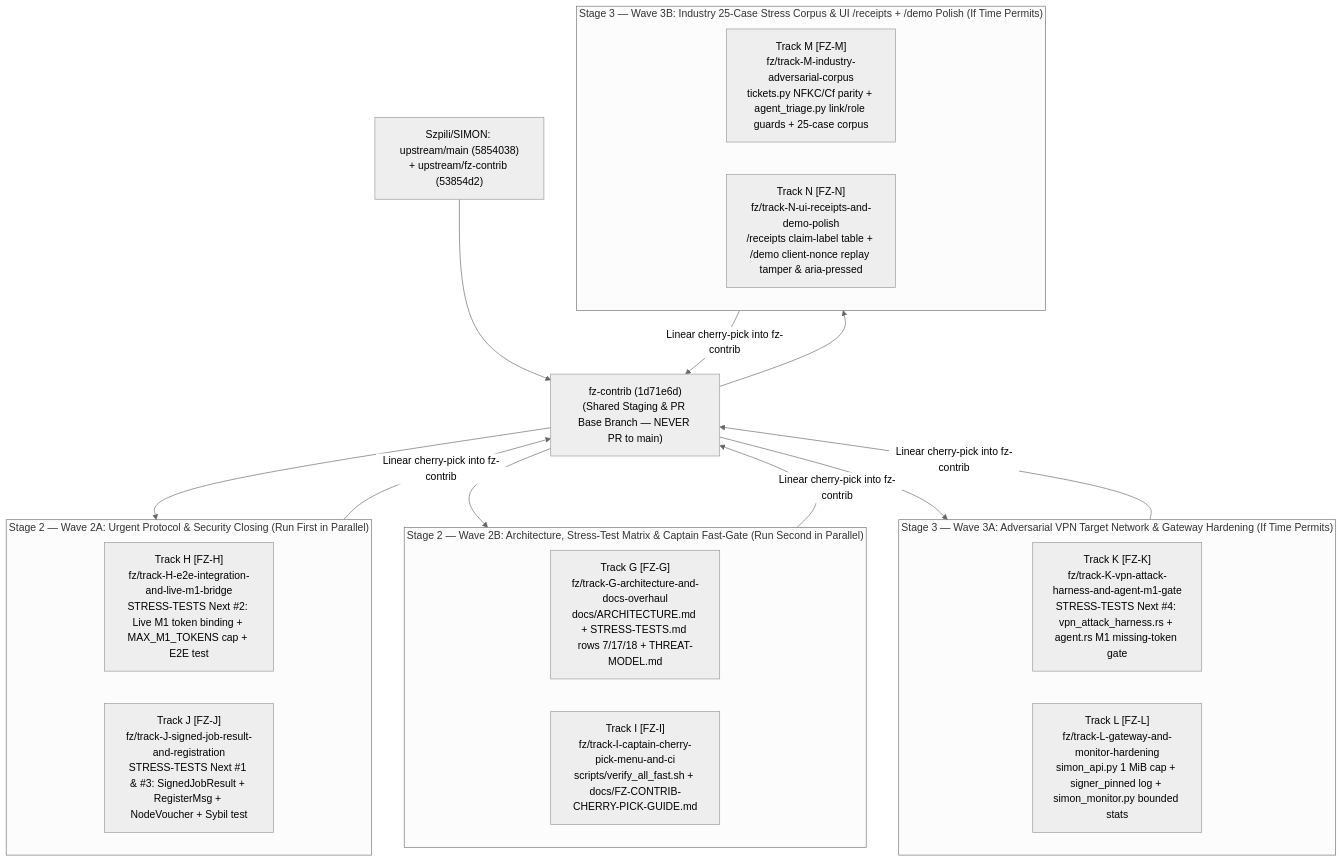
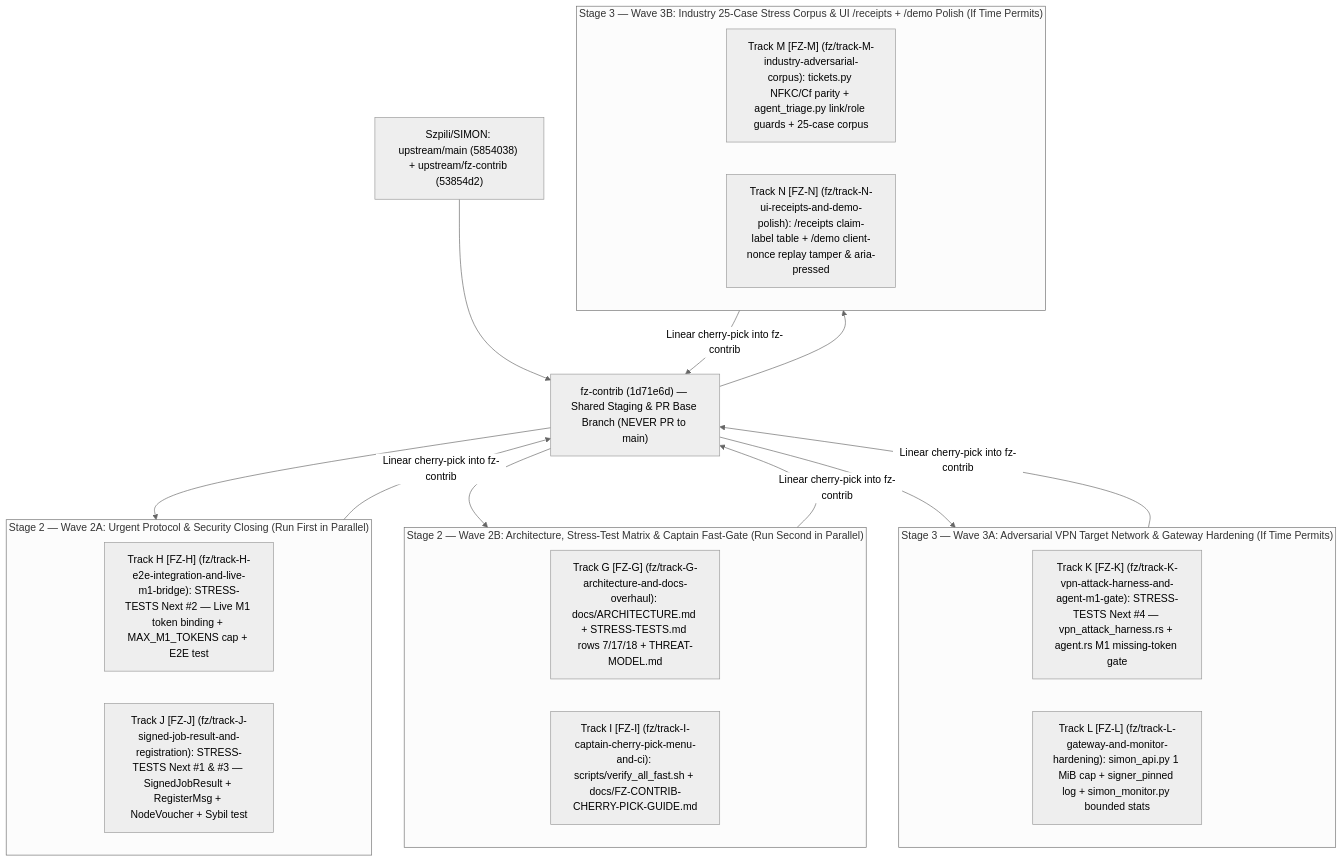
Before and after one commit to filipzarzynski/SIMPN_ARGON_HANDOWER: the diagram in parallel_agents/ORCHESTRATOR_GUIDE.md, drawn with Mermaid (neutral theme). The commit also changed 4 other files, not shown here.

Commit message:
docs(arch): restore concise Mermaid-heavy 01_ARCHITECTURE_AND_DATA_FLOWS.md (10/10 mermaid.parse verified) and split team sync wave brief into 08_TEAM_SYNC_ARCHITECTURE_AND_WAVE_BRIEF.md

````diff
--- a/parallel_agents/ORCHESTRATOR_GUIDE.md
+++ b/parallel_agents/ORCHESTRATOR_GUIDE.md
@@ -23,35 +23,35 @@
 ```mermaid
 flowchart TD
-    Main["Szpili/SIMON: upstream/main (5854038)<br/>+ upstream/fz-contrib (53854d2)"]
-    FZ["fz-contrib (1d71e6d)<br/>(Shared Staging & PR Base Branch — NEVER PR to main)"]
+    Main["Szpili/SIMON: upstream/main (5854038) + upstream/fz-contrib (53854d2)"]
+    FZ["fz-contrib (1d71e6d) — Shared Staging & PR Base Branch (NEVER PR to main)"]
     Main --> FZ
 
     subgraph Wave2A["Stage 2 — Wave 2A: Urgent Protocol & Security Closing (Run First in Parallel)"]
-        TH["Track H [FZ-H]<br/>fz/track-H-e2e-integration-and-live-m1-bridge<br/>STRESS-TESTS Next #2: Live M1 token binding + MAX_M1_TOKENS cap + E2E test"]
-        TJ["Track J [FZ-J]<br/>fz/track-J-signed-job-result-and-registration<br/>STRESS-TESTS Next #1 & #3: SignedJobResult + RegisterMsg + NodeVoucher + Sybil test"]
+        TH["Track H [FZ-H] (fz/track-H-e2e-integration-and-live-m1-bridge): STRESS-TESTS Next #2 — Live M1 token binding + MAX_M1_TOKENS cap + E2E test"]
+        TJ["Track J [FZ-J] (fz/track-J-signed-job-result-and-registration): STRESS-TESTS Next #1 & #3 — SignedJobResult + RegisterMsg + NodeVoucher + Sybil test"]
     end
 
     subgraph Wave2B["Stage 2 — Wave 2B: Architecture, Stress-Test Matrix & Captain Fast-Gate (Run Second in Parallel)"]
-        TG["Track G [FZ-G]<br/>fz/track-G-architecture-and-docs-overhaul<br/>docs/ARCHITECTURE.md + STRESS-TESTS.md rows 7/17/18 + THREAT-MODEL.md"]
-        TI["Track I [FZ-I]<br/>fz/track-I-captain-cherry-pick-menu-and-ci<br/>scripts/verify_all_fast.sh + docs/FZ-CONTRIB-CHERRY-PICK-GUIDE.md"]
+        TG["Track G [FZ-G] (fz/track-G-architecture-and-docs-overhaul): docs/ARCHITECTURE.md + STRESS-TESTS.md rows 7/17/18 + THREAT-MODEL.md"]
+        TI["Track I [FZ-I] (fz/track-I-captain-cherry-pick-menu-and-ci): scripts/verify_all_fast.sh + docs/FZ-CONTRIB-CHERRY-PICK-GUIDE.md"]
     end
 
     subgraph Wave3A["Stage 3 — Wave 3A: Adversarial VPN Target Network & Gateway Hardening (If Time Permits)"]
-        TK["Track K [FZ-K]<br/>fz/track-K-vpn-attack-harness-and-agent-m1-gate<br/>STRESS-TESTS Next #4: vpn_attack_harness.rs + agent.rs M1 missing-token gate"]
-        TL["Track L [FZ-L]<br/>fz/track-L-gateway-and-monitor-hardening<br/>simon_api.py 1 MiB cap + signer_pinned log + simon_monitor.py bounded stats"]
+        TK["Track K [FZ-K] (fz/track-K-vpn-attack-harness-and-agent-m1-gate): STRESS-TESTS Next #4 — vpn_attack_harness.rs + agent.rs M1 missing-token gate"]
+        TL["Track L [FZ-L] (fz/track-L-gateway-and-monitor-hardening): simon_api.py 1 MiB cap + signer_pinned log + simon_monitor.py bounded stats"]
     end
 
     subgraph Wave3B["Stage 3 — Wave 3B: Industry 25-Case Stress Corpus & UI /receipts + /demo Polish (If Time Permits)"]
-        TM["Track M [FZ-M]<br/>fz/track-M-industry-adversarial-corpus<br/>tickets.py NFKC/Cf parity + agent_triage.py link/role guards + 25-case corpus"]
-        TN["Track N [FZ-N]<br/>fz/track-N-ui-receipts-and-demo-polish<br/>/receipts claim-label table + /demo client-nonce replay tamper & aria-pressed"]
+        TM["Track M [FZ-M] (fz/track-M-industry-adversarial-corpus): tickets.py NFKC/Cf parity + agent_triage.py link/role guards + 25-case corpus"]
+        TN["Track N [FZ-N] (fz/track-N-ui-receipts-and-demo-polish): /receipts claim-label table + /demo client-nonce replay tamper & aria-pressed"]
     end
 
     FZ --> Wave2A
     Wave2A -->|"Linear cherry-pick into fz-contrib"| FZ
     FZ --> Wave2B
     Wave2B -->|"Linear cherry-pick into fz-contrib"| FZ
     FZ --> Wave3A
     Wave3A -->|"Linear cherry-pick into fz-contrib"| FZ
     FZ --> Wave3B
     Wave3B -->|"Linear cherry-pick into fz-contrib"| FZ
 ```
````
